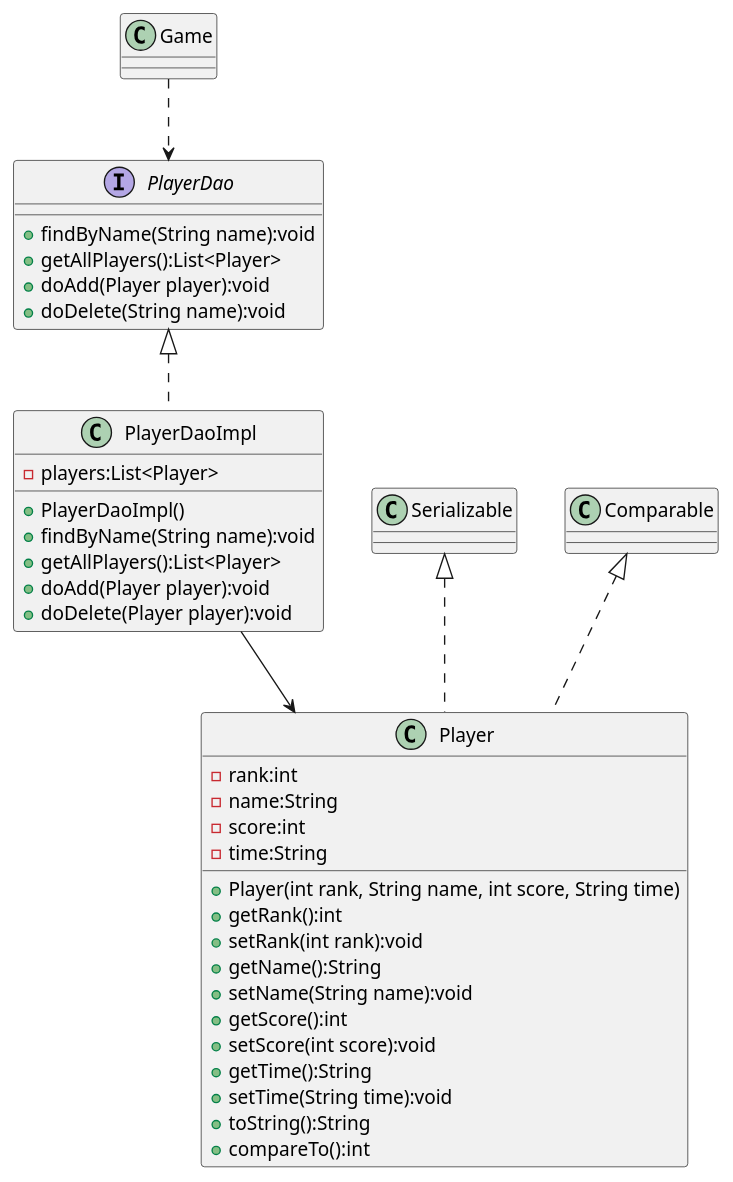
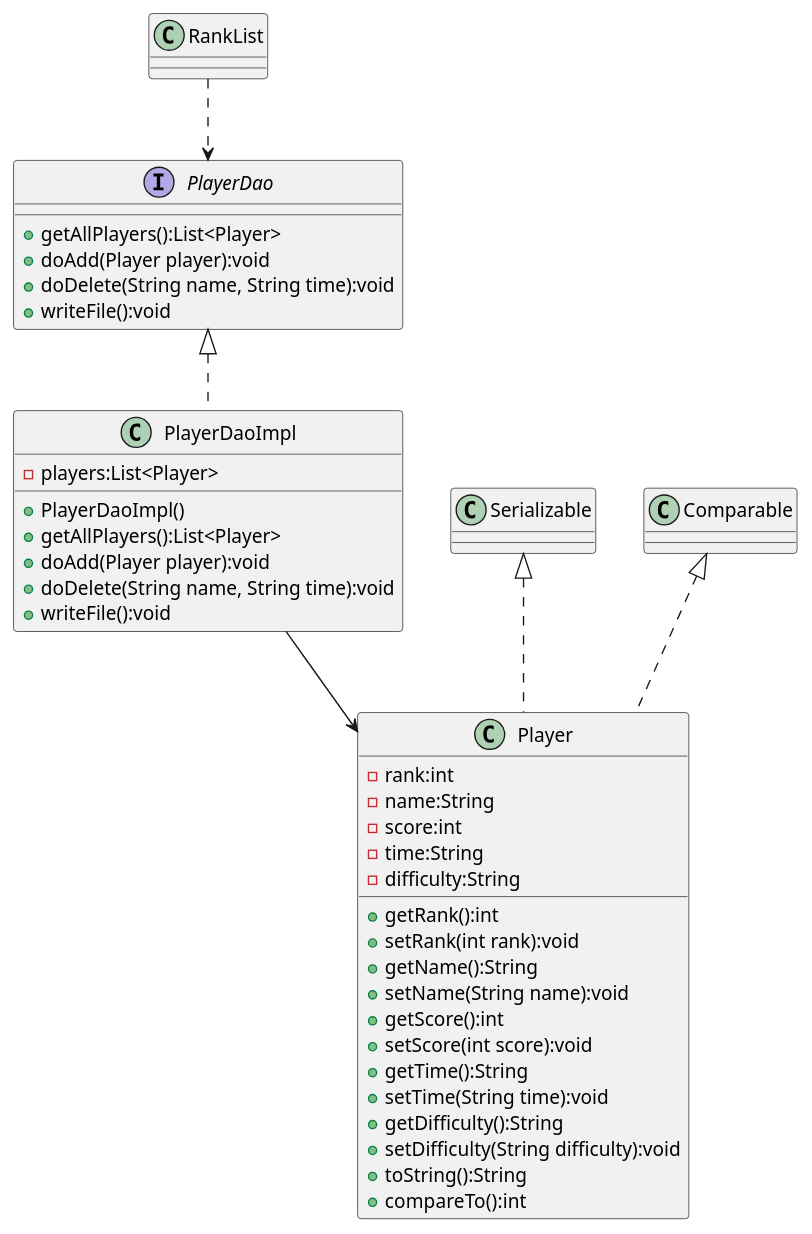
One commit to Straho-Chen/AircraftWar-base changed the diagram in uml/DAO.puml. Above: the diagram before and after it, drawn with PlantUML. The commit also changed 35 other files, not shown here.

```diff
--- a/uml/DAO.puml
+++ b/uml/DAO.puml
@@ -1,49 +1,51 @@
 @startuml
 'https://plantuml.com/class-diagram
 
-class Game {}
+class RankList{}
 
 interface PlayerDao {
-    + findByName(String name):void
     + getAllPlayers():List<Player>
     + doAdd(Player player):void
-    + doDelete(String name):void
+    + doDelete(String name, String time):void
+    + writeFile():void
 }
 
 class PlayerDaoImpl {
     - players:List<Player>
     + PlayerDaoImpl()
-    + findByName(String name):void
     + getAllPlayers():List<Player>
     + doAdd(Player player):void
-    + doDelete(Player player):void
+    + doDelete(String name, String time):void
+    + writeFile():void
 }
 
 class Player {
     - rank:int
     - name:String
     - score:int
     - time:String
-    + Player(int rank, String name, int score, String time)
+    - difficulty:String
     + getRank():int
     + setRank(int rank):void
     + getName():String
     + setName(String name):void
     + getScore():int
     + setScore(int score):void
     + getTime():String
     + setTime(String time):void
+    + getDifficulty():String
+    + setDifficulty(String difficulty):void
     + toString():String
     + compareTo():int
 }
 
-Game ..> PlayerDao
+RankList ..> PlayerDao
 
 PlayerDao <|.. PlayerDaoImpl
 
 PlayerDaoImpl --> Player
 
 Serializable <|.. Player
 Comparable <|.. Player
 
 @enduml
```
